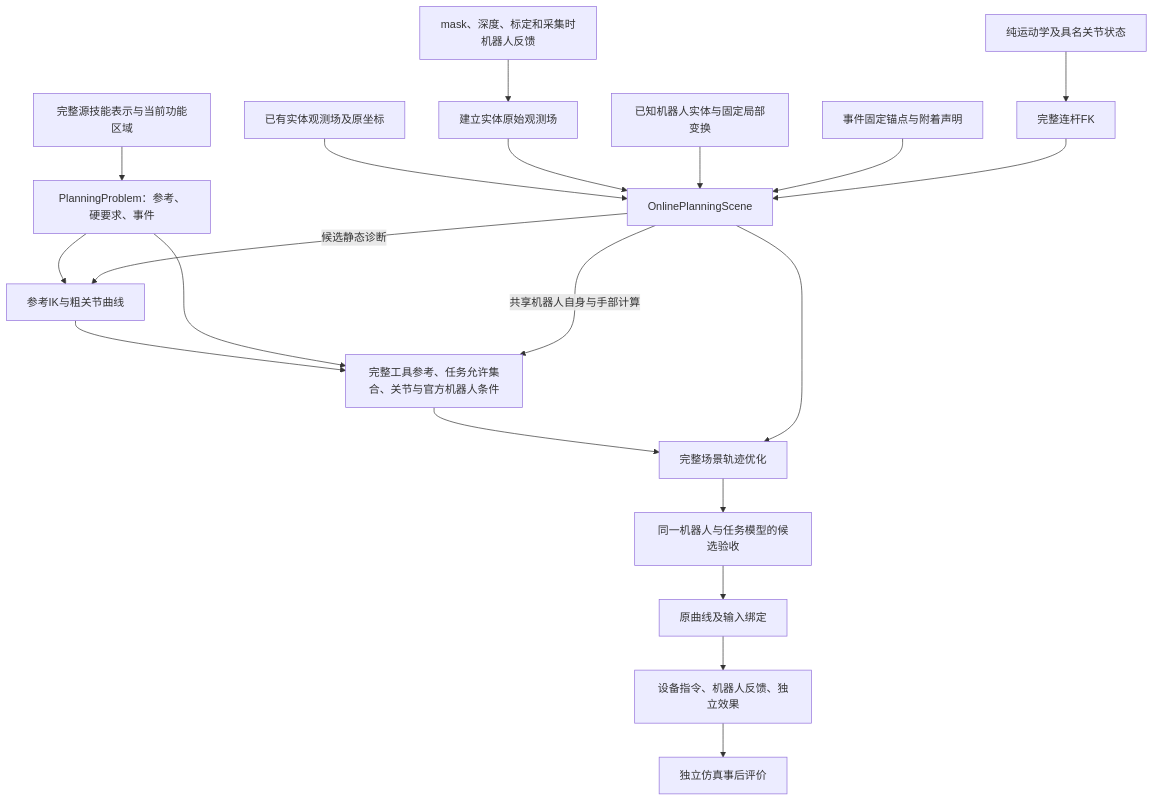
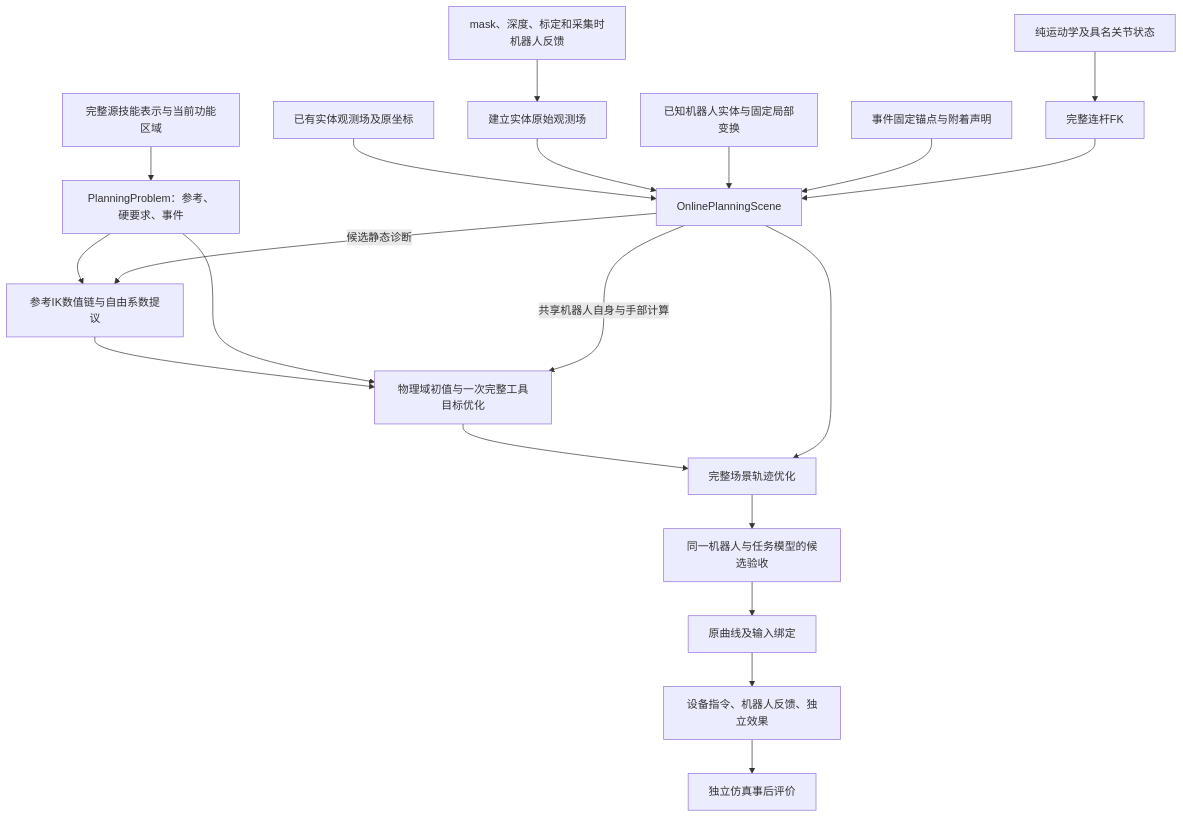
The diagram in PLANNER_ARCHITECTURE.md (illusionaryshelter/FUNCTO_public), drawn with Mermaid before and after one commit. The commit also changed other lines of this file and 90 other files, not shown here.

````diff
--- a/PLANNER_ARCHITECTURE.md
+++ b/PLANNER_ARCHITECTURE.md
@@ -20,22 +20,22 @@
 ```mermaid
 flowchart TD
  S[完整源技能表示与当前功能区域] --> P[PlanningProblem：参考、硬要求、事件]
  D[mask、深度、标定和采集时机器人反馈] --> M[建立实体原始观测场]
  G[已有实体观测场及原坐标] --> C[OnlinePlanningScene]
  M --> C
  K[纯运动学及具名关节状态] --> F[完整连杆FK]
  N[已知机器人实体与固定局部变换] --> C
  A[事件固定锚点与附着声明] --> C
  F --> C
- P --> I[参考IK与粗关节曲线]
+ P --> I[参考IK数值链与自由系数提议]
  C -->|候选静态诊断| I
- I --> K0[完整工具参考、任务允许集合、关节与官方机器人条件]
+ I --> K0[物理域初值与一次完整工具目标优化]
  P --> K0
  C -->|共享机器人自身与手部计算| K0
  K0 --> O[完整场景轨迹优化]
  C --> O
  O --> V[同一机器人与任务模型的候选验收]
  V --> B[原曲线及输入绑定]
  B --> E[设备指令、机器人反馈、独立效果]
  E --> R[独立仿真事后评价]
 ```
````
